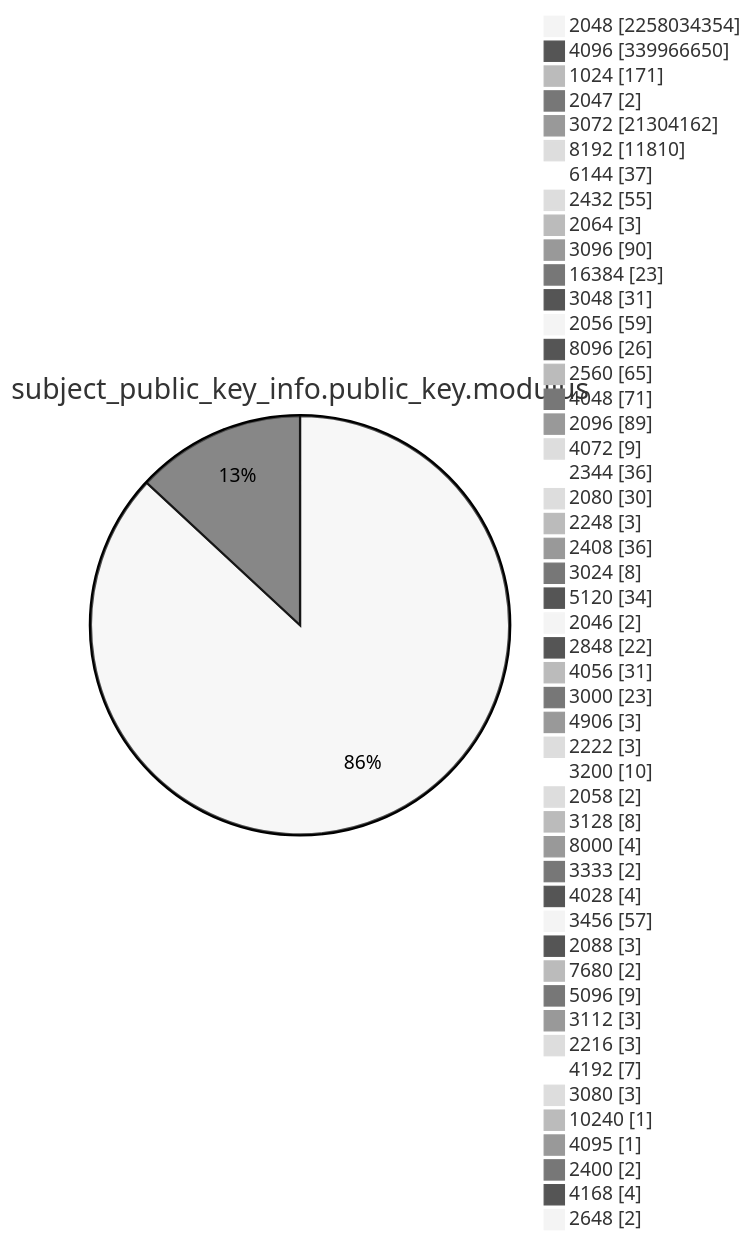
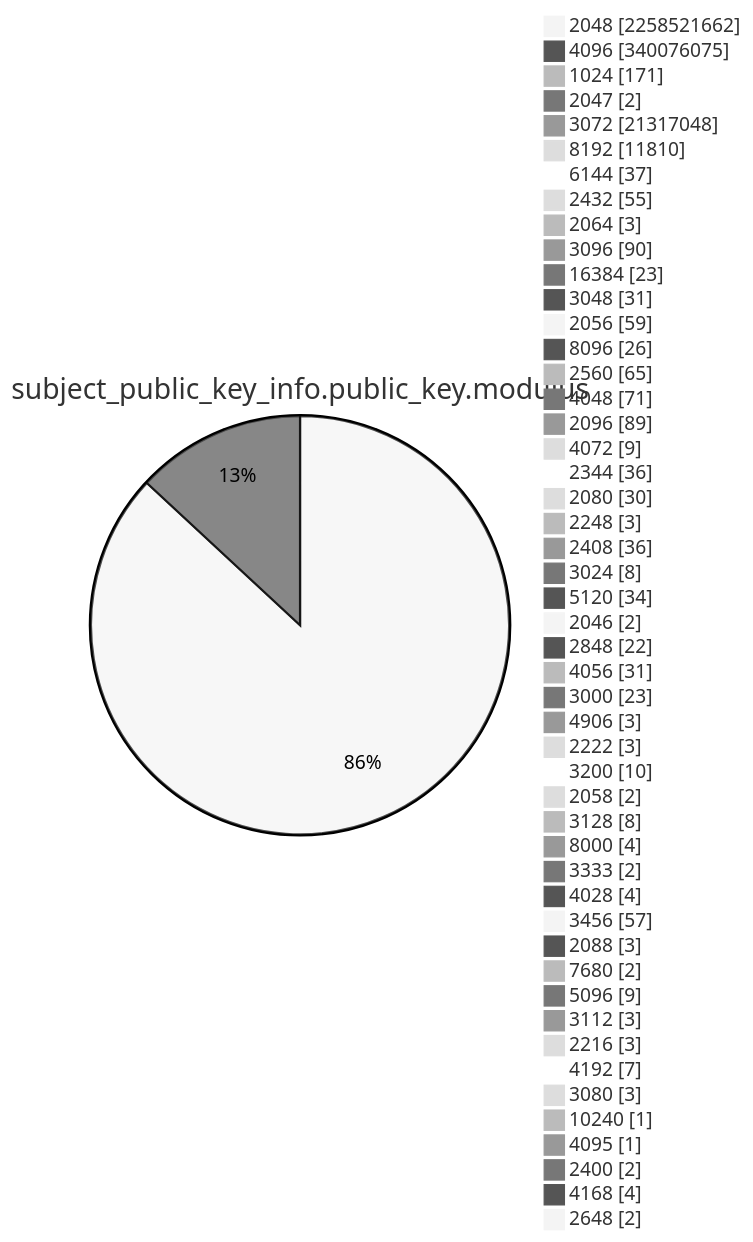
Diagram 13 of 15 in TOTAL/README.md (christiankrug/ctmonitor_visualization), drawn with Mermaid (neutral theme) before and after one commit. The commit also changed other lines of this file, not shown here.

````diff
--- a/TOTAL/README.md
+++ b/TOTAL/README.md
@@ -4166,53 +4167,53 @@
 ```mermaid
 pie showData
 title subject_public_key_info.public_key.modulus
-"2048" :2258034354
-"4096" :339966650
+"2048" :2258521662
+"4096" :340076075
 "1024" :171
 "2047" :2
-"3072" :21304162
+"3072" :21317048
 "8192" :11810
 "6144" :37
 "2432" :55
 "2064" :3
 "3096" :90
 "16384" :23
 "3048" :31
 "2056" :59
 "8096" :26
 "2560" :65
 "4048" :71
 "2096" :89
 "4072" :9
 "2344" :36
 "2080" :30
 "2248" :3
 "2408" :36
 "3024" :8
 "5120" :34
 "2046" :2
 "2848" :22
 "4056" :31
 "3000" :23
 "4906" :3
 "2222" :3
 "3200" :10
 "2058" :2
 "3128" :8
 "8000" :4
 "3333" :2
 "4028" :4
 "3456" :57
 "2088" :3
 "7680" :2
 "5096" :9
 "3112" :3
 "2216" :3
 "4192" :7
 "3080" :3
 "10240" :1
 "4095" :1
 "2400" :2
 "4168" :4
 "2648" :2
 ```
````
